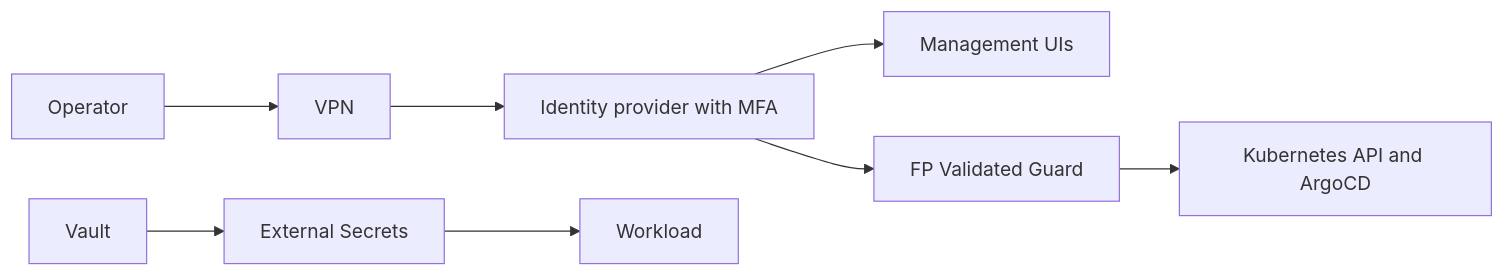
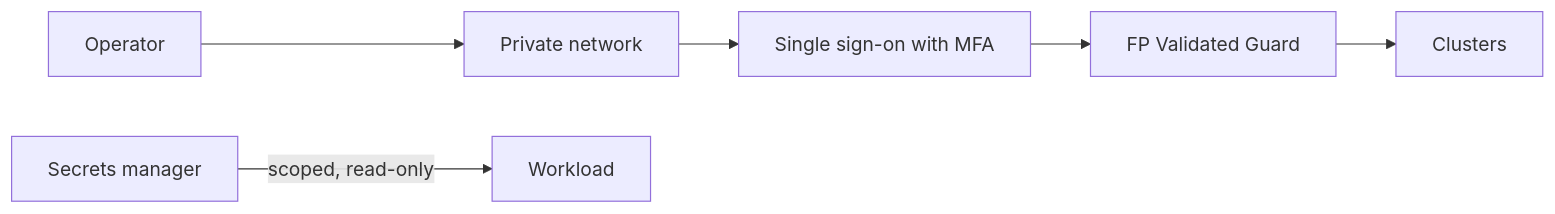
One commit to FP-Validated/fp-validated-docs changed the diagram in website/docs/fp-validated-infra/access-and-secrets.md. Above: the diagram before and after it, drawn with Mermaid. The commit also changed other lines of this file and 20 other files, not shown here.

````diff
--- a/website/docs/fp-validated-infra/access-and-secrets.md
+++ b/website/docs/fp-validated-infra/access-and-secrets.md
@@ -11,20 +11,16 @@
 ```mermaid
 flowchart LR
   user[Operator]
-  vpn[VPN]
-  idp[Identity provider with MFA]
-  ui[Management UIs]
+  net[Private network]
+  sso[Single sign-on with MFA]
   guard[FP Validated Guard]
-  api[Kubernetes API and ArgoCD]
-  vault[Vault]
-  eso[External Secrets]
+  cluster[Clusters]
+  store[Secrets manager]
   workload[Workload]
 
-  user --> vpn
-  vpn --> idp
-  idp --> ui
-  idp --> guard
-  guard --> api
-  vault --> eso
-  eso --> workload
+  user --> net
+  net --> sso
+  sso --> guard
+  guard --> cluster
+  store -- scoped, read-only --> workload
 ```
````
